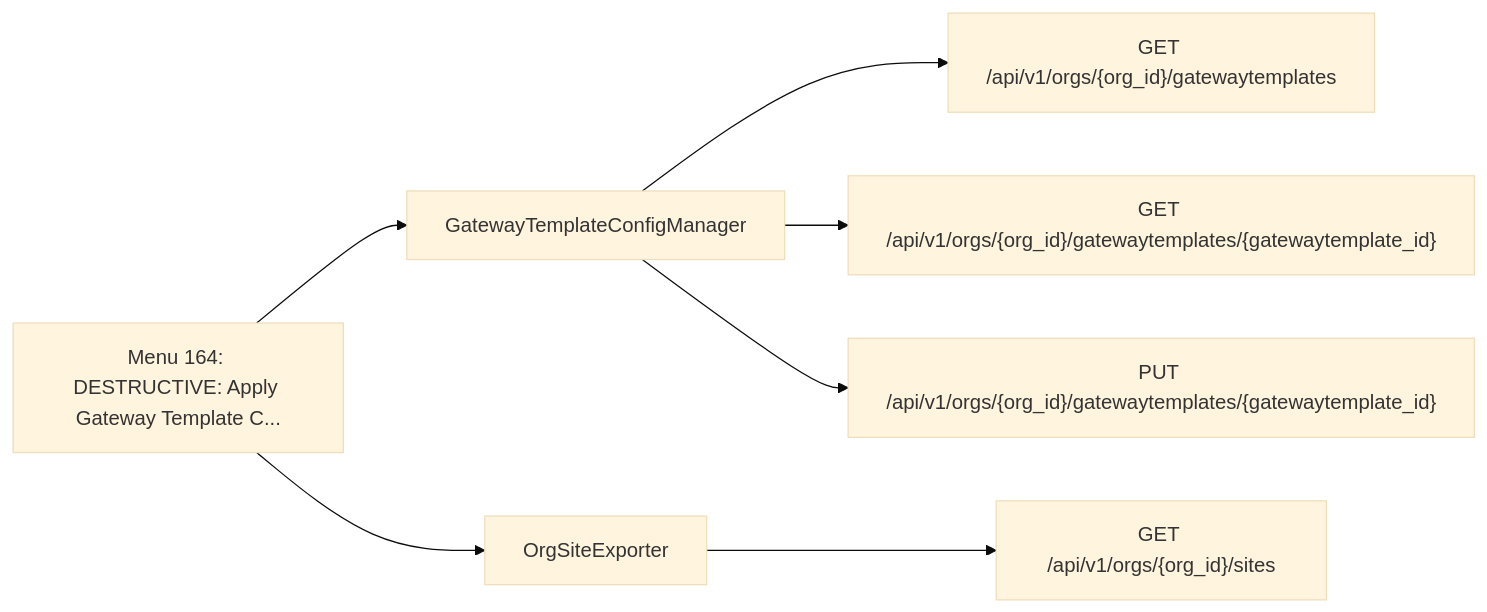
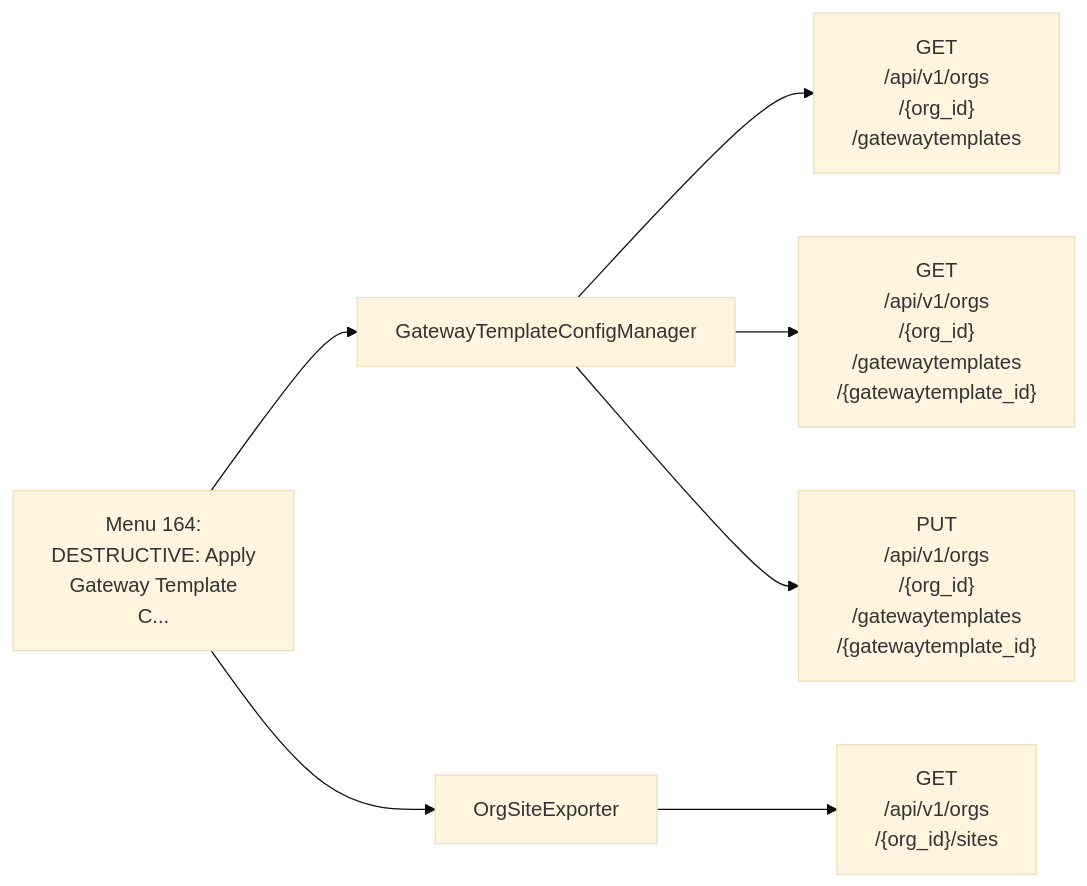
Before and after one commit to jmorrison-juniper/MistHelper: diagram 12 of 41 in documentation/menu-api/destructive.md, drawn with Mermaid (base theme). The commit also changed other lines of this file and 19 other files, not shown here.

First line of the commit message:
docs(menu-api): fit the Mermaid diagrams to the wiki column

````diff
--- a/documentation/menu-api/destructive.md
+++ b/documentation/menu-api/destructive.md
@@ -553,10 +352,10 @@
 ```mermaid
 flowchart LR
-    menu["Menu 164: DESTRUCTIVE: Apply Gateway Template C..."]
+    menu["Menu 164:<br/>DESTRUCTIVE: Apply<br/>Gateway Template<br/>C..."]
     menu --> c1["GatewayTemplateConfigManager"]
-    c1 --> e1["GET /api/v1/orgs/{org_id}/gatewaytemplates"]
-    c1 --> e2["GET /api/v1/orgs/{org_id}/gatewaytemplates/{gatewaytemplate_id}"]
-    c1 --> e3["PUT /api/v1/orgs/{org_id}/gatewaytemplates/{gatewaytemplate_id}"]
+    c1 --> e1["GET<br/>/api/v1/orgs<br/>/{org_id}<br/>/gatewaytemplates"]
+    c1 --> e2["GET<br/>/api/v1/orgs<br/>/{org_id}<br/>/gatewaytemplates<br/>/{gatewaytemplate_id}"]
+    c1 --> e3["PUT<br/>/api/v1/orgs<br/>/{org_id}<br/>/gatewaytemplates<br/>/{gatewaytemplate_id}"]
     menu --> c2["OrgSiteExporter"]
-    c2 --> e4["GET /api/v1/orgs/{org_id}/sites"]
+    c2 --> e4["GET<br/>/api/v1/orgs<br/>/{org_id}/sites"]
 ```
````
